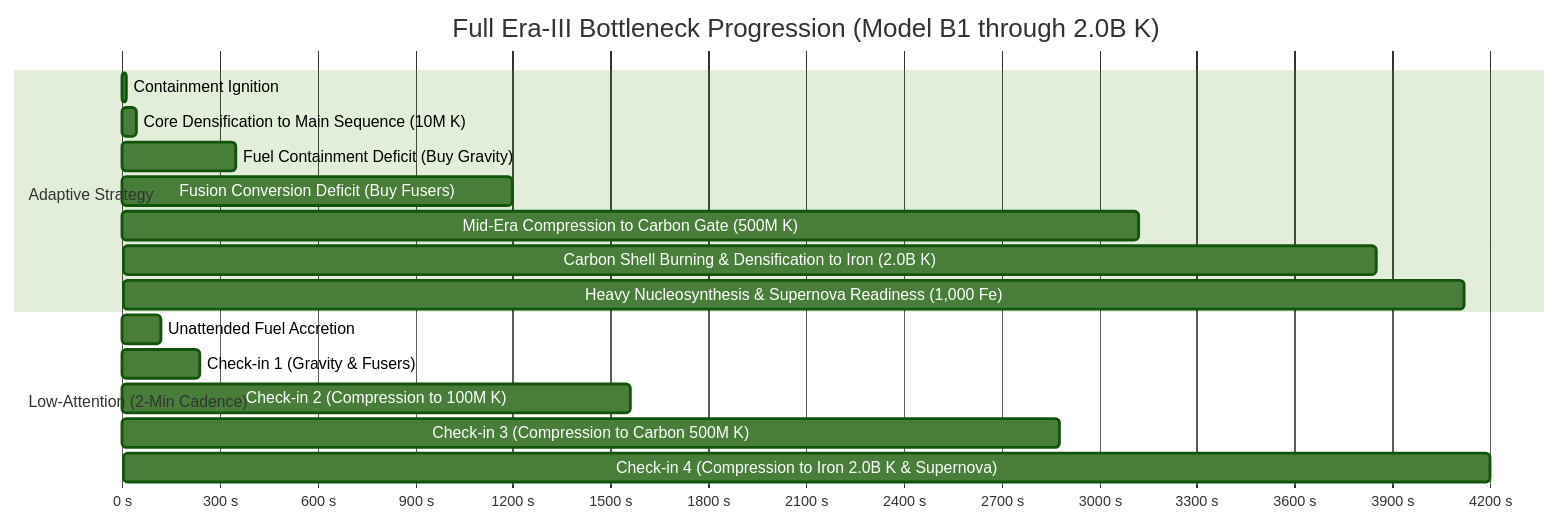
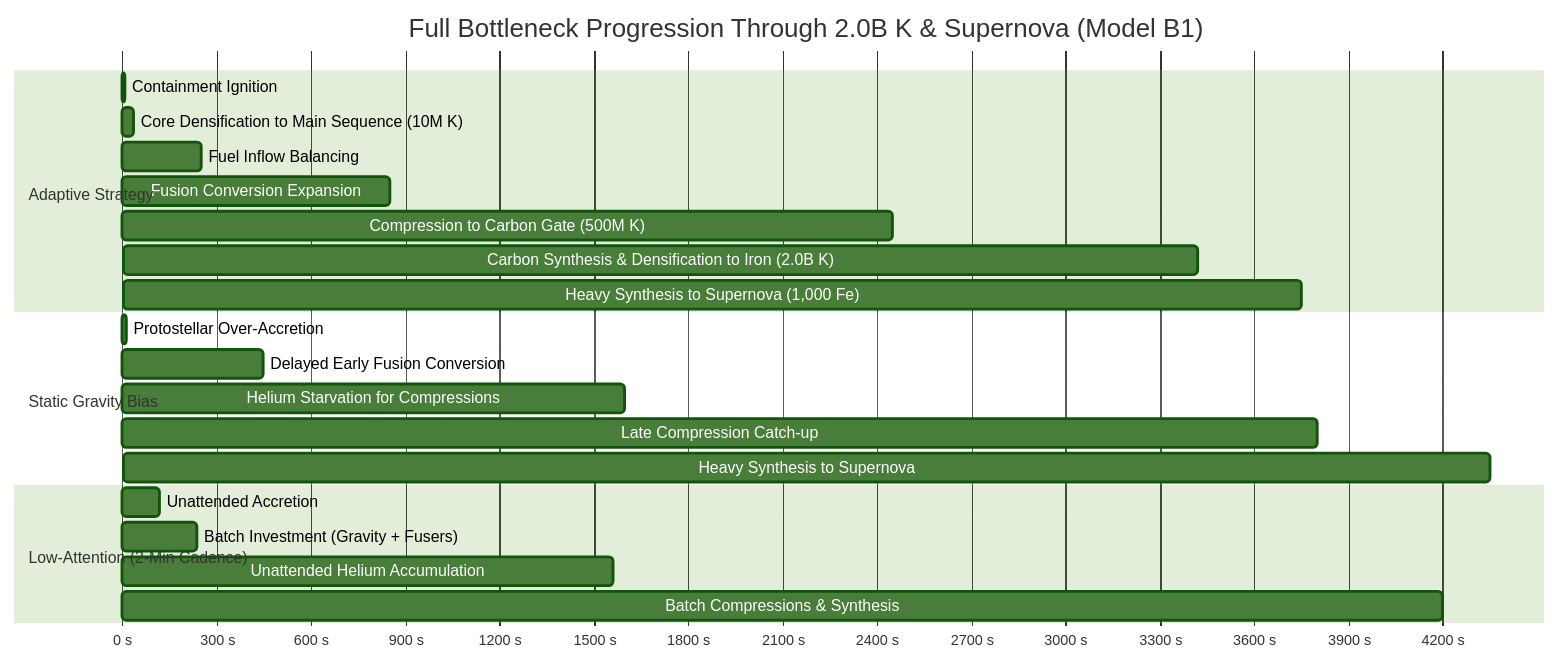
Before and after one commit to Entropy030/star-forge-idle: the second of 2 diagrams in docs/12_PRE_P5_3_ERA3_MACHINE_PROTOTYPE.md, drawn with Mermaid (forest theme). The commit also changed other lines of this file, not shown here.

Commit message:
docs(p5): reconcile era three dynamic agency

````diff
--- a/docs/12_PRE_P5_3_ERA3_MACHINE_PROTOTYPE.md
+++ b/docs/12_PRE_P5_3_ERA3_MACHINE_PROTOTYPE.md
@@ -171,22 +155,28 @@
 ```mermaid
 gantt
-  title Full Era-III Bottleneck Progression (Model B1 through 2.0B K)
+  title Full Bottleneck Progression Through 2.0B K & Supernova (Model B1)
   dateFormat X
   axisFormat %s s
 
   section Adaptive Strategy
-  Containment Ignition :0, 14
-  Core Densification to Main Sequence (10M K) :14, 45
-  Fuel Containment Deficit (Buy Gravity) :45, 350
-  Fusion Conversion Deficit (Buy Fusers) :350, 1200
-  Mid-Era Compression to Carbon Gate (500M K) :1200, 3120
-  Carbon Shell Burning & Densification to Iron (2.0B K) :3120, 3850
-  Heavy Nucleosynthesis & Supernova Readiness (1,000 Fe) :3850, 4120
+  Containment Ignition :0, 9
+  Core Densification to Main Sequence (10M K) :9, 35
+  Fuel Inflow Balancing :35, 250
+  Fusion Conversion Expansion :250, 850
+  Compression to Carbon Gate (500M K) :850, 2450
+  Carbon Synthesis & Densification to Iron (2.0B K) :2450, 3420
+  Heavy Synthesis to Supernova (1,000 Fe) :3420, 3750
+
+  section Static Gravity Bias
+  Protostellar Over-Accretion :0, 12
+  Delayed Early Fusion Conversion :12, 450
+  Helium Starvation for Compressions :450, 1600
+  Late Compression Catch-up :1600, 3800
+  Heavy Synthesis to Supernova :3800, 4350
 
   section Low-Attention (2-Min Cadence)
-  Unattended Fuel Accretion :0, 120
-  Check-in 1 (Gravity & Fusers) :120, 240
-  Check-in 2 (Compression to 100M K) :240, 1560
-  Check-in 3 (Compression to Carbon 500M K) :1560, 2880
-  Check-in 4 (Compression to Iron 2.0B K & Supernova) :2880, 4200
+  Unattended Accretion :0, 120
+  Batch Investment (Gravity + Fusers) :120, 240
+  Unattended Helium Accumulation :240, 1560
+  Batch Compressions & Synthesis :1560, 4200
 ```
````
